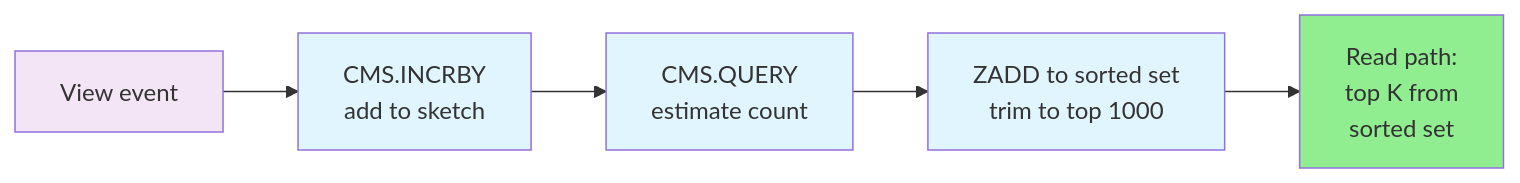
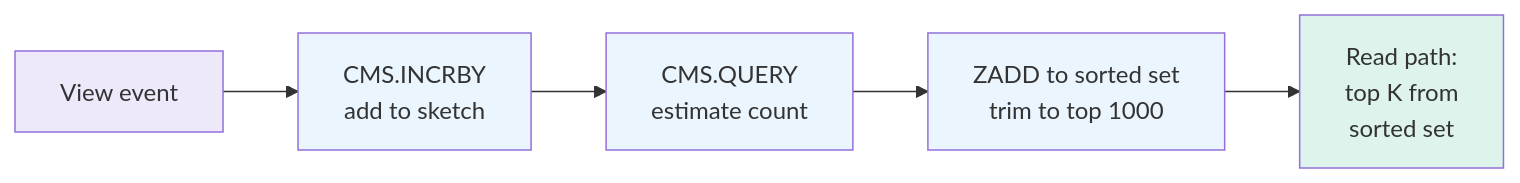
The third of 3 diagrams in LLD/SystemDesign/ProblemBreakdowns/YoutubeTopK.md (cartmancodes/InterviewVault), drawn with Mermaid before and after one commit. The commit also changed other lines of this file and 679 other files, not shown here.

Commit message:
Unify content diagrams and add accessible visual walkthroughs

````diff
--- a/LLD/SystemDesign/ProblemBreakdowns/YoutubeTopK.md
+++ b/LLD/SystemDesign/ProblemBreakdowns/YoutubeTopK.md
@@ -513,13 +513,13 @@
 ```mermaid
 graph LR
     V["View event"] --> ADD["CMS.INCRBY<br/>add to sketch"]
     ADD --> EST["CMS.QUERY<br/>estimate count"]
     EST --> Z["ZADD to sorted set<br/>trim to top 1000"]
     Z --> Q["Read path:<br/>top K from<br/>sorted set"]
 
-    style V fill:#f3e5f5
-    style ADD fill:#e1f5ff
-    style EST fill:#e1f5ff
-    style Z fill:#e1f5ff
-    style Q fill:#90EE90
+    style V fill:#EDE8FA
+    style ADD fill:#EAF5FD
+    style EST fill:#EAF5FD
+    style Z fill:#EAF5FD
+    style Q fill:#DDF3EC
 ```
````
